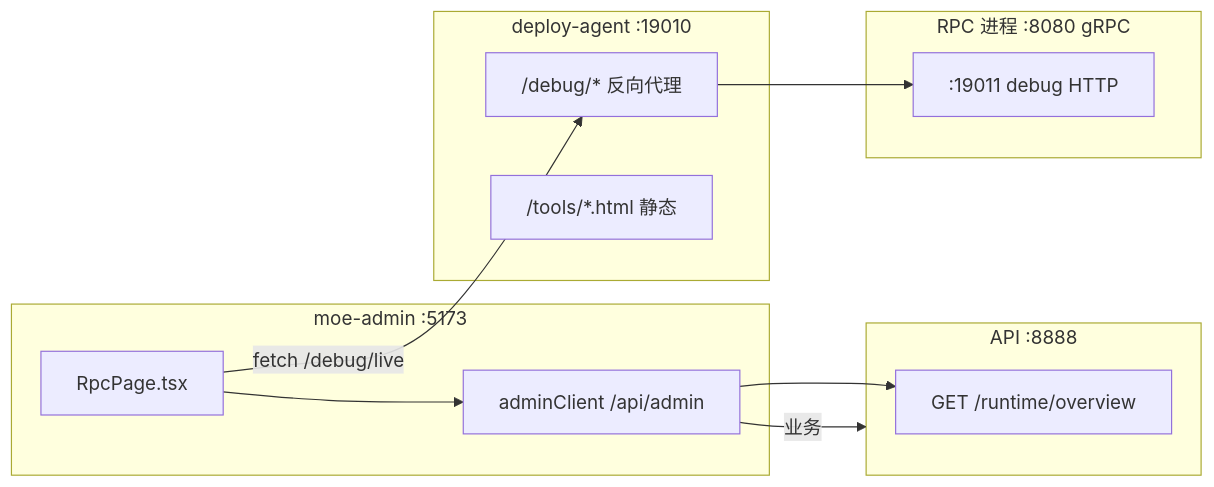
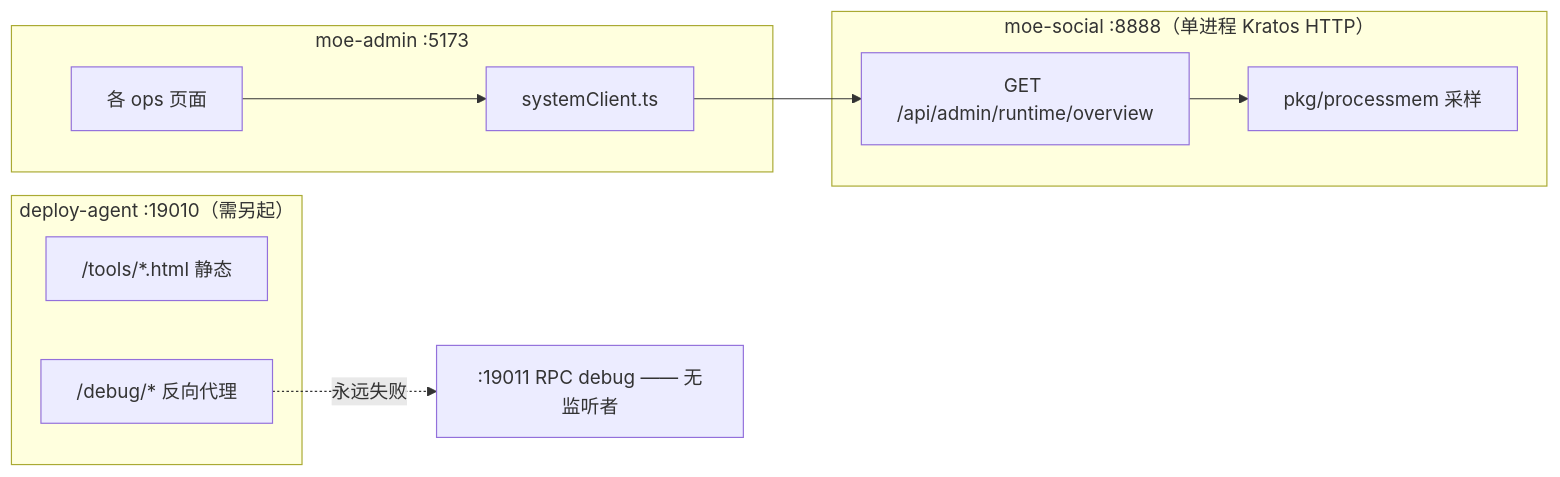
One commit to xuxinzhi007/moe_social changed the diagram in docs/dev/admin-rpc-runtime-guide.md. Above: the diagram before and after it, drawn with Mermaid. The commit also changed other lines of this file and 79 other files, not shown here.

````diff
--- a/docs/dev/admin-rpc-runtime-guide.md
+++ b/docs/dev/admin-rpc-runtime-guide.md
@@ -79,24 +88,22 @@
 ```mermaid
 flowchart LR
   subgraph admin ["moe-admin :5173"]
-    RpcPage["RpcPage.tsx"]
-    AdminAPI["adminClient /api/admin"]
+    Pages["各 ops 页面"]
+    SysClient["systemClient.ts"]
   end
 
-  subgraph api ["API :8888"]
-    RuntimeOverview["GET /runtime/overview"]
+  subgraph backend ["moe-social :8888（单进程 Kratos HTTP）"]
+    RuntimeOverview["GET /api/admin/runtime/overview"]
+    Processmem["pkg/processmem 采样"]
   end
 
-  subgraph agent ["deploy-agent :19010"]
+  subgraph agent ["deploy-agent :19010（需另起）"]
+    Tools["/tools/*.html 静态"]
     Proxy["/debug/* 反向代理"]
-    Tools["/tools/*.html 静态"]
   end
 
-  subgraph rpc ["RPC 进程 :8080 gRPC"]
-    DebugHTTP[":19011 debug HTTP"]
-  end
+  Dead[":19011 RPC debug —— 无监听者"]
 
-  RpcPage --> AdminAPI --> RuntimeOverview
-  RpcPage -->|"fetch /debug/live"| Proxy --> DebugHTTP
-  AdminAPI -->|"业务"| api
+  Pages --> SysClient --> RuntimeOverview --> Processmem
+  Proxy -.->|"永远失败"| Dead
 ```
````
